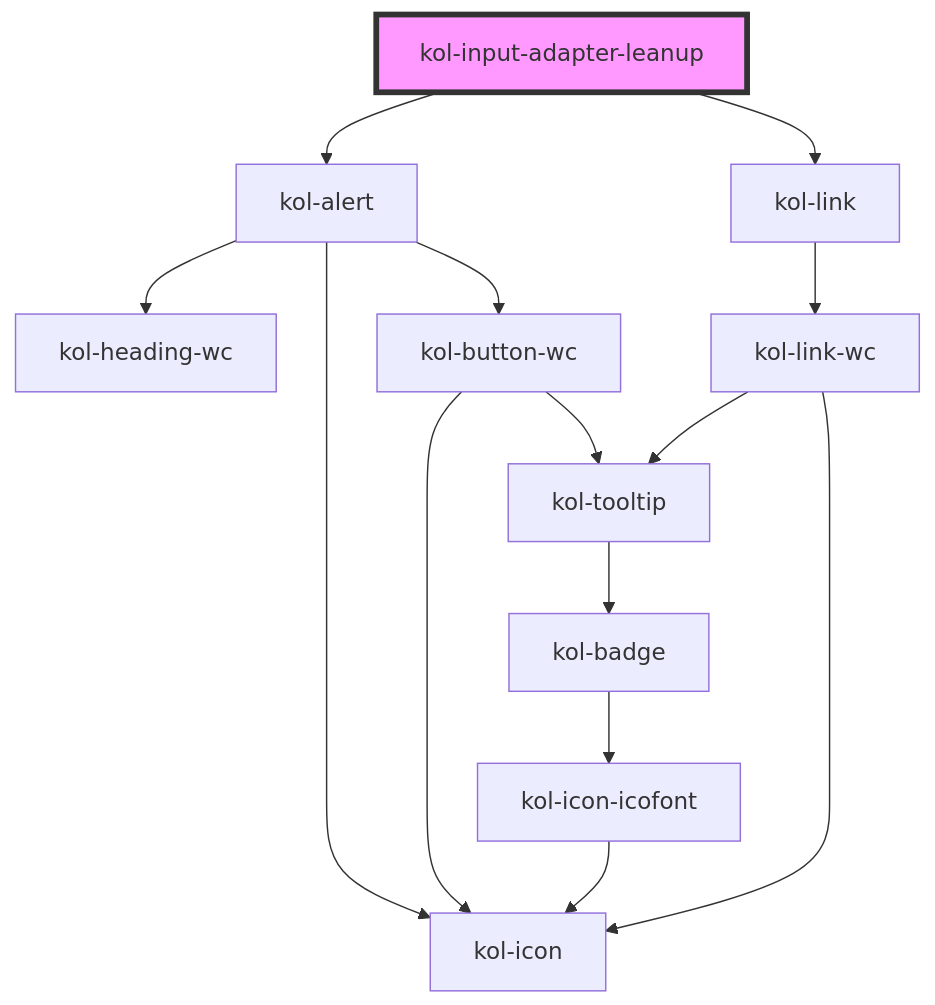
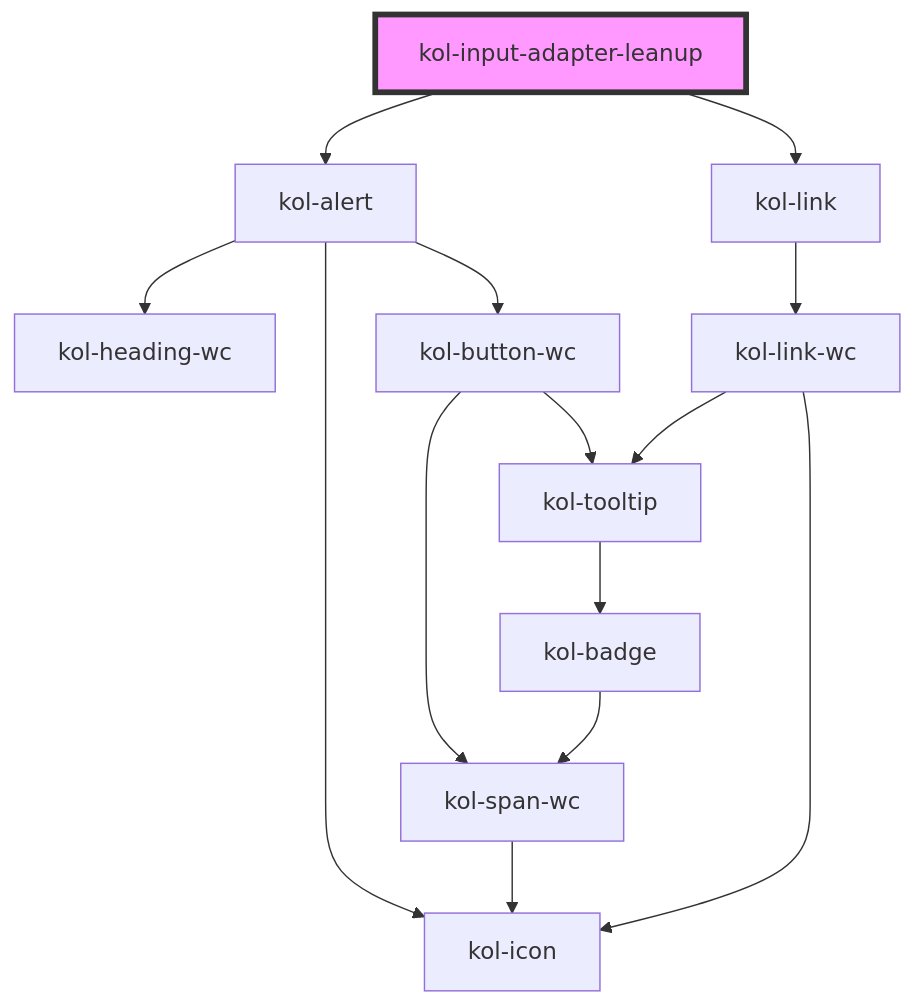
One commit to public-ui/kolibri changed the diagram in packages/library/src/components/input-adapter-leanup/readme.md. Above: the diagram before and after it, drawn with Mermaid. The commit also changed 34 other files, not shown here.

````diff
--- a/packages/library/src/components/input-adapter-leanup/readme.md
+++ b/packages/library/src/components/input-adapter-leanup/readme.md
@@ -123,17 +123,17 @@
 ```mermaid
 graph TD;
   kol-input-adapter-leanup --> kol-alert
   kol-input-adapter-leanup --> kol-link
   kol-alert --> kol-heading-wc
   kol-alert --> kol-button-wc
   kol-alert --> kol-icon
-  kol-button-wc --> kol-icon
+  kol-button-wc --> kol-span-wc
   kol-button-wc --> kol-tooltip
+  kol-span-wc --> kol-icon
   kol-tooltip --> kol-badge
-  kol-badge --> kol-icon-icofont
-  kol-icon-icofont --> kol-icon
+  kol-badge --> kol-span-wc
   kol-link --> kol-link-wc
   kol-link-wc --> kol-icon
   kol-link-wc --> kol-tooltip
   style kol-input-adapter-leanup fill:#f9f,stroke:#333,stroke-width:4px
 ```
````
